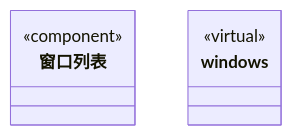
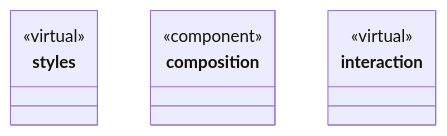
One commit to nan023062/cbim changed the second of 2 diagrams in src/framework-ui/ARCHITECTURE.md. Above: the diagram before and after it, drawn with Mermaid. The commit also changed other lines of this file and 54 other files, not shown here.

````diff
--- a/src/framework-ui/ARCHITECTURE.md
+++ b/src/framework-ui/ARCHITECTURE.md
@@ -66,11 +71,15 @@
 ```mermaid
 classDiagram
-class N_96f821f2c714["窗口列表"] {
+class N_a59843e9a435["styles"] {
+  <<virtual>>
+}
+click N_a59843e9a435 href "styles/ARCHITECTURE.md"
+class N_dfa48aac2ad8["composition"] {
   <<component>>
 }
-click N_96f821f2c714 href "list.tsx"
-class N_14375e813ba6["windows"] {
+click N_dfa48aac2ad8 href "composition.tsx"
+class N_edb47f0763e2["interaction"] {
   <<virtual>>
 }
-click N_14375e813ba6 href "windows/ARCHITECTURE.md"
+click N_edb47f0763e2 href "interaction/ARCHITECTURE.md"
 ```
````
